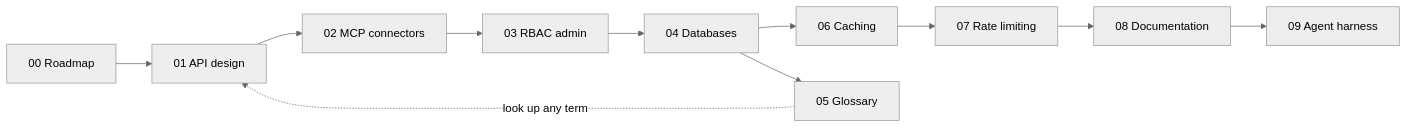
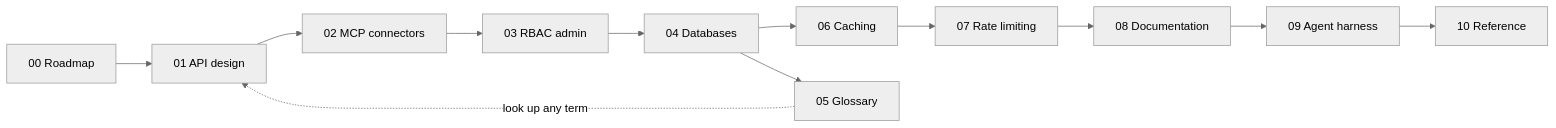
Before and after one commit to axomiyaindie/agentic-backend-cookbook: the diagram in README.md, drawn with Mermaid (neutral theme). The commit also changed other lines of this file, not shown here.

Commit message:
Add section 10 to README: table, mermaid, lessons index, verify, stack

````diff
--- a/README.md
+++ b/README.md
@@ -109,13 +114,14 @@
 ```mermaid
 flowchart LR
     A[00 Roadmap] --> B[01 API design]
     B --> C[02 MCP connectors]
     C --> D[03 RBAC admin]
     D --> E[04 Databases]
     E --> F[06 Caching]
     F --> G[07 Rate limiting]
     G --> H[08 Documentation]
     H --> J[09 Agent harness]
+    J --> K[10 Reference]
     E --> I[05 Glossary]
     I -. look up any term .-> B
 ```
````
